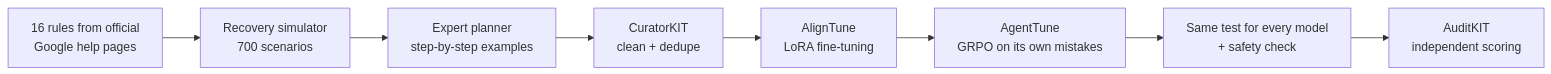
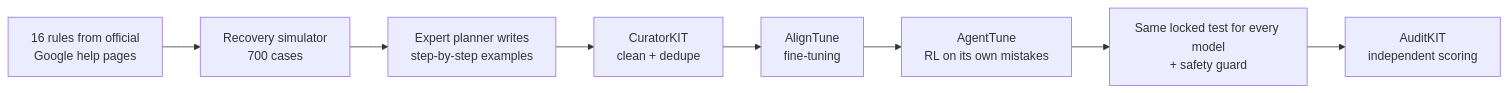
The diagram in WRITEUP.md (Pheonix-dev0410/lexsi-cybersos), drawn with Mermaid before and after one commit. The commit also changed other lines of this file, not shown here.

````diff
--- a/WRITEUP.md
+++ b/WRITEUP.md
@@ -70,10 +79,10 @@
 ```mermaid
 flowchart LR
-    A[16 rules from official<br/>Google help pages] --> B[Recovery simulator<br/>700 scenarios]
-    B --> C[Expert planner<br/>step-by-step examples]
+    A[16 rules from official<br/>Google help pages] --> B[Recovery simulator<br/>700 cases]
+    B --> C[Expert planner writes<br/>step-by-step examples]
     C --> D[CuratorKIT<br/>clean + dedupe]
-    D --> E[AlignTune<br/>LoRA fine-tuning]
-    E --> H[AgentTune<br/>GRPO on its own mistakes]
-    H --> F[Same test for every model<br/>+ safety check]
+    D --> E[AlignTune<br/>fine-tuning]
+    E --> H[AgentTune<br/>RL on its own mistakes]
+    H --> F[Same locked test for every model<br/>+ safety guard]
     F --> G[AuditKIT<br/>independent scoring]
 ```
````
